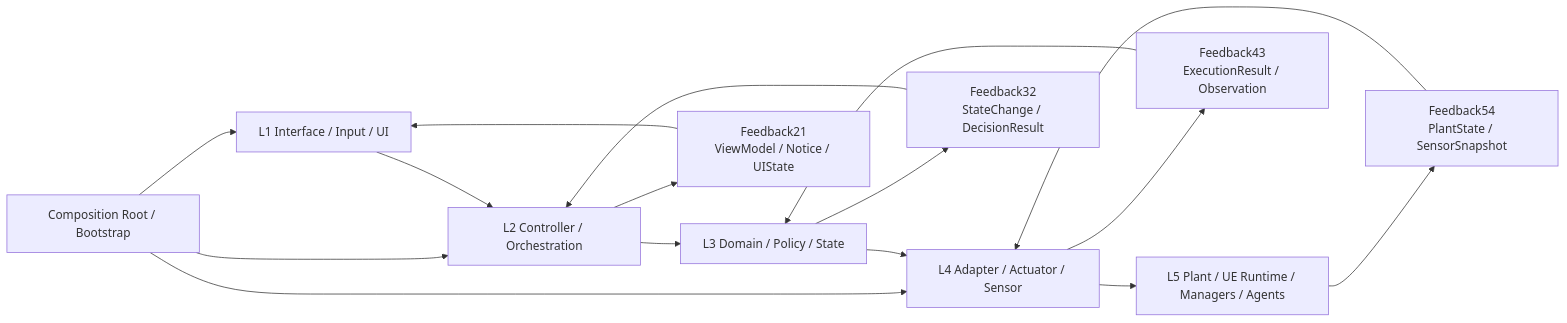
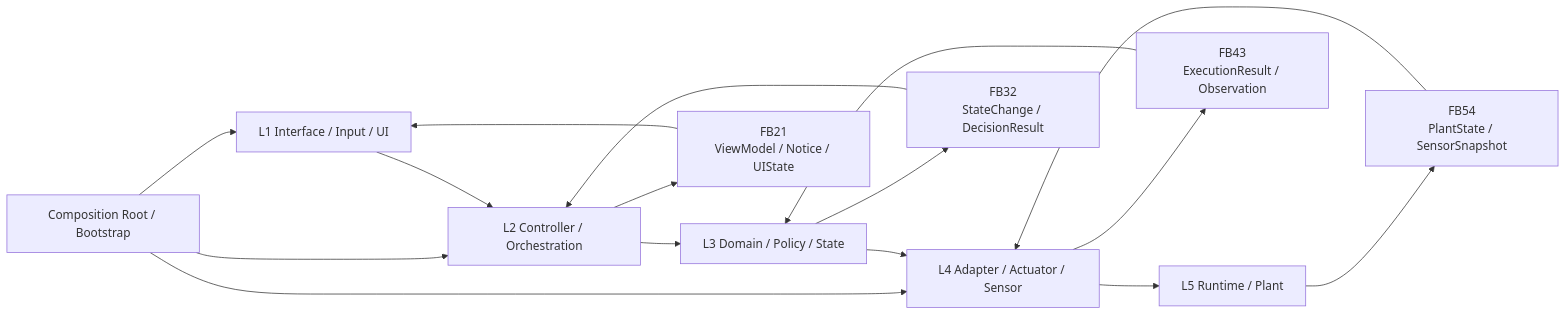
One commit to MiangChen/MultiAgent-Unreal changed the first of 2 diagrams in site_docs/architecture.md. Above: the diagram before and after it, drawn with Mermaid. The commit also changed other lines of this file and 48 other files, not shown here.

````diff
--- a/site_docs/architecture.md
+++ b/site_docs/architecture.md
@@ -20,29 +16,29 @@
 ```mermaid
 flowchart LR
     CR["Composition Root / Bootstrap"]
 
     L1["L1 Interface / Input / UI"]
     L2["L2 Controller / Orchestration"]
     L3["L3 Domain / Policy / State"]
     L4["L4 Adapter / Actuator / Sensor"]
-    L5["L5 Plant / UE Runtime / Managers / Agents"]
+    L5["L5 Runtime / Plant"]
 
-    FB21["Feedback21\nViewModel / Notice / UIState"]
-    FB32["Feedback32\nStateChange / DecisionResult"]
-    FB43["Feedback43\nExecutionResult / Observation"]
-    FB54["Feedback54\nPlantState / SensorSnapshot"]
+    FB21["FB21\nViewModel / Notice / UIState"]
+    FB32["FB32\nStateChange / DecisionResult"]
+    FB43["FB43\nExecutionResult / Observation"]
+    FB54["FB54\nPlantState / SensorSnapshot"]
 
     CR --> L1
     CR --> L2
     CR --> L4
 
     L1 --> L2
     L2 --> L3
     L3 --> L4
     L4 --> L5
 
     L5 --> FB54 --> L4
     L4 --> FB43 --> L3
     L3 --> FB32 --> L2
     L2 --> FB21 --> L1
 ```
````
